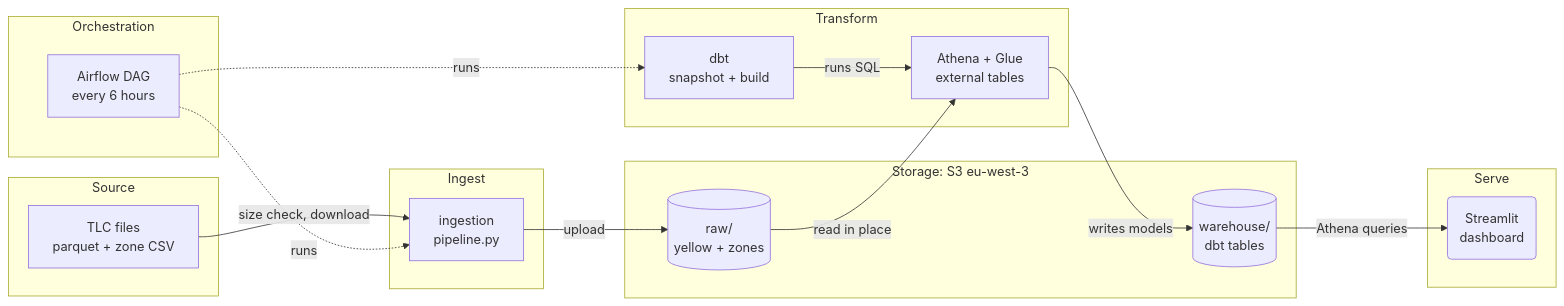
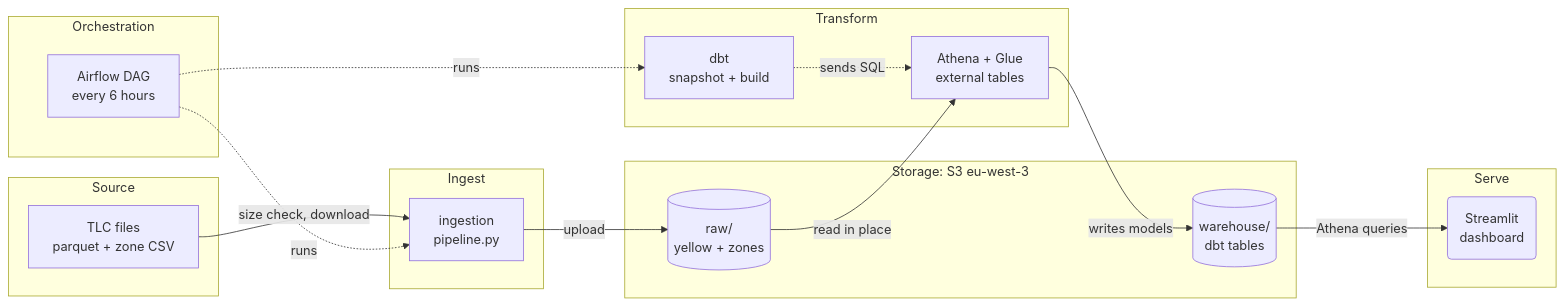
One commit to MerouaneRH/nyc-taxi-pipeline changed the diagram in README.md. Above: the diagram before and after it, drawn with Mermaid. The commit also changed other lines of this file and 4 other files, not shown here.

````diff
--- a/README.md
+++ b/README.md
@@ -17,31 +16,31 @@
 ```mermaid
 flowchart LR
     subgraph Source
         TLC["TLC files<br/>parquet + zone CSV"]
     end
     subgraph Ingest
         ING["ingestion<br/>pipeline.py"]
     end
     subgraph Storage["Storage: S3 eu-west-3"]
         RAW[("raw/<br/>yellow + zones")]
         WH[("warehouse/<br/>dbt tables")]
     end
     subgraph Transform
         ATH["Athena + Glue<br/>external tables"]
         DBT["dbt<br/>snapshot + build"]
     end
     subgraph Serve
         APP("Streamlit<br/>dashboard")
     end
     subgraph Orchestration
         AF["Airflow DAG<br/>every 6 hours"]
     end
     TLC -->|"size check, download"| ING
     ING -->|"upload"| RAW
     RAW -->|"read in place"| ATH
-    DBT -->|"runs SQL"| ATH
+    DBT -.->|"sends SQL"| ATH
     ATH -->|"writes models"| WH
     WH -->|"Athena queries"| APP
     AF -.->|"runs"| ING
     AF -.->|"runs"| DBT
 ```
````
